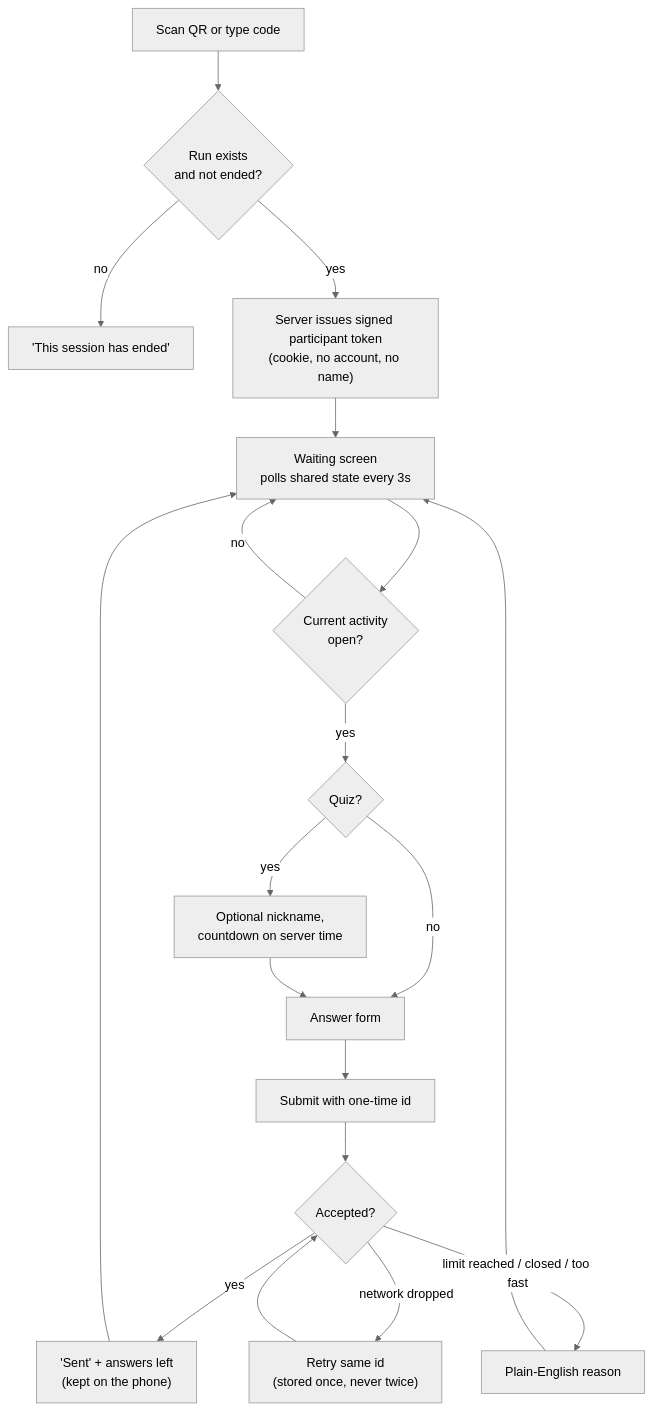
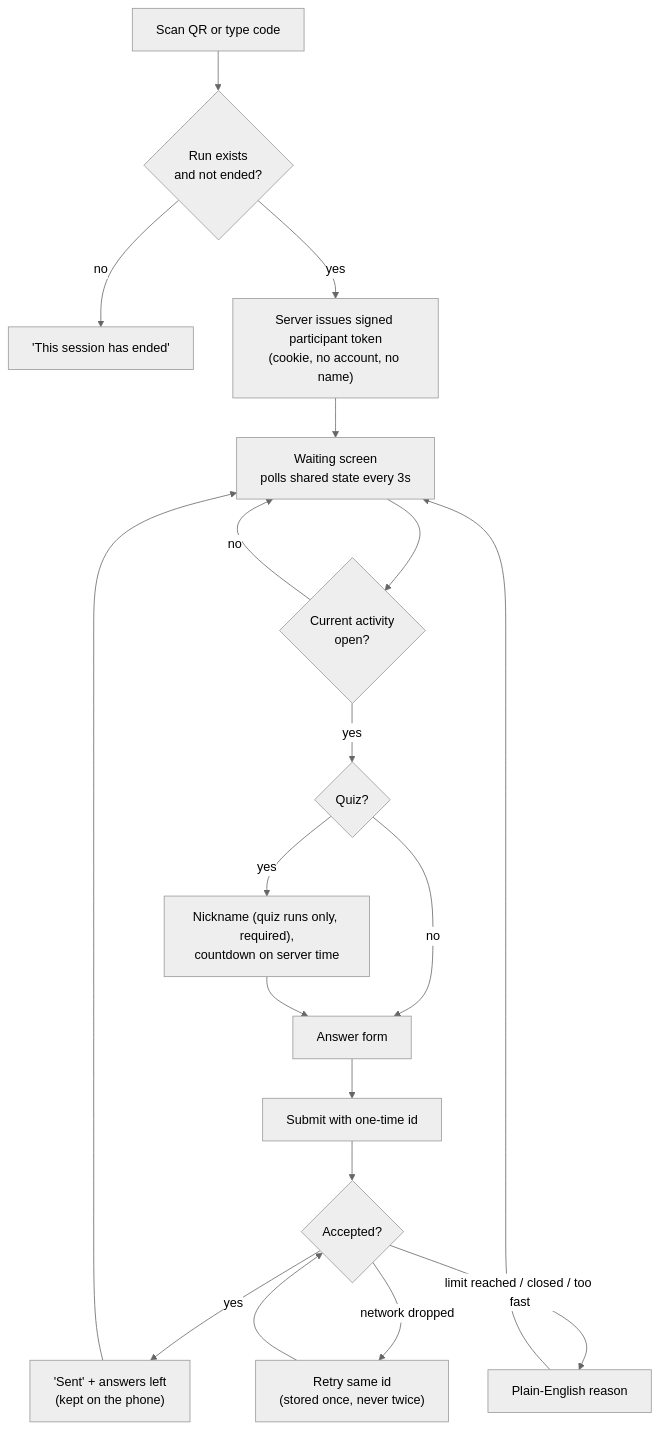
One commit to shahil1dn/volley changed the second of 10 diagrams in docs/ARCHITECTURE.md. Above: the diagram before and after it, drawn with Mermaid (neutral theme). The commit also changed 2 other files, not shown here.

Commit message:
docs: record where S7 paused, the quiz nickname decision and the env-var status
S7 is on local branch s7-host-control (feaab25), unmerged: written and
checked locally, not yet run against the database. Nicknames are asked only
in quiz runs, required, deduplicated with a number and removable by the host.
PARTICIPANT_SECRET and HOST_SESSION_SECRET are not yet on Vercel
(git_branch_required); retry next session.

````diff
--- a/docs/ARCHITECTURE.md
+++ b/docs/ARCHITECTURE.md
@@ -45,21 +45,21 @@
 ```mermaid
 flowchart TD
   A["Scan QR or type code"] --> B{"Run exists<br/>and not ended?"}
   B -- no --> X["'This session has ended'"]
   B -- yes --> C["Server issues signed participant token<br/>(cookie, no account, no name)"]
   C --> D["Waiting screen<br/>polls shared state every 3s"]
   D --> E{"Current activity<br/>open?"}
   E -- no --> D
   E -- yes --> F{"Quiz?"}
-  F -- yes --> G["Optional nickname,<br/>countdown on server time"]
+  F -- yes --> G["Nickname (quiz runs only, required),<br/>countdown on server time"]
   F -- no --> H["Answer form"]
   G --> H
   H --> I["Submit with one-time id"]
   I --> J{"Accepted?"}
   J -- "yes" --> K["'Sent' + answers left<br/>(kept on the phone)"]
   J -- "limit reached / closed / too fast" --> L["Plain-English reason"]
   J -- "network dropped" --> M["Retry same id<br/>(stored once, never twice)"]
   M --> J
   K --> D
   L --> D
 ```
````
